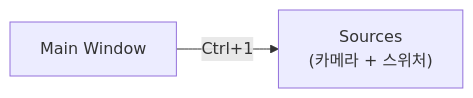
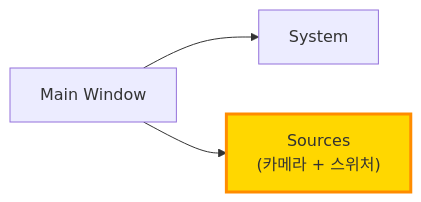
One commit to garimto81/ebs changed the fourth of 14 diagrams in docs/01_PokerGFX_Analysis/PRD-0004-EBS-Server-UI-Design.md. Above: the diagram before and after it, drawn with Mermaid. The commit also changed other lines of this file, not shown here.

First line of the commit message:
docs(prd-0004): 탭 순서 재정의 및 Ctrl+ 단축키 제거 (v20.0.0)

````diff
--- a/docs/01_PokerGFX_Analysis/PRD-0004-EBS-Server-UI-Design.md
+++ b/docs/01_PokerGFX_Analysis/PRD-0004-EBS-Server-UI-Design.md
@@ -249,4 +349,9 @@
 ```mermaid
 flowchart LR
-    MW["Main Window"] -->|"Ctrl+1"| SRC["Sources<br/>(카메라 + 스위처)"]
+    MW["Main Window"]
+    SYS["System"]
+    SRC["Sources<br/>(카메라 + 스위처)"]
+    style SRC fill:#FFD700,stroke:#FF8C00,stroke-width:3px
+    MW --> SYS
+    MW --> SRC
 ```
````
